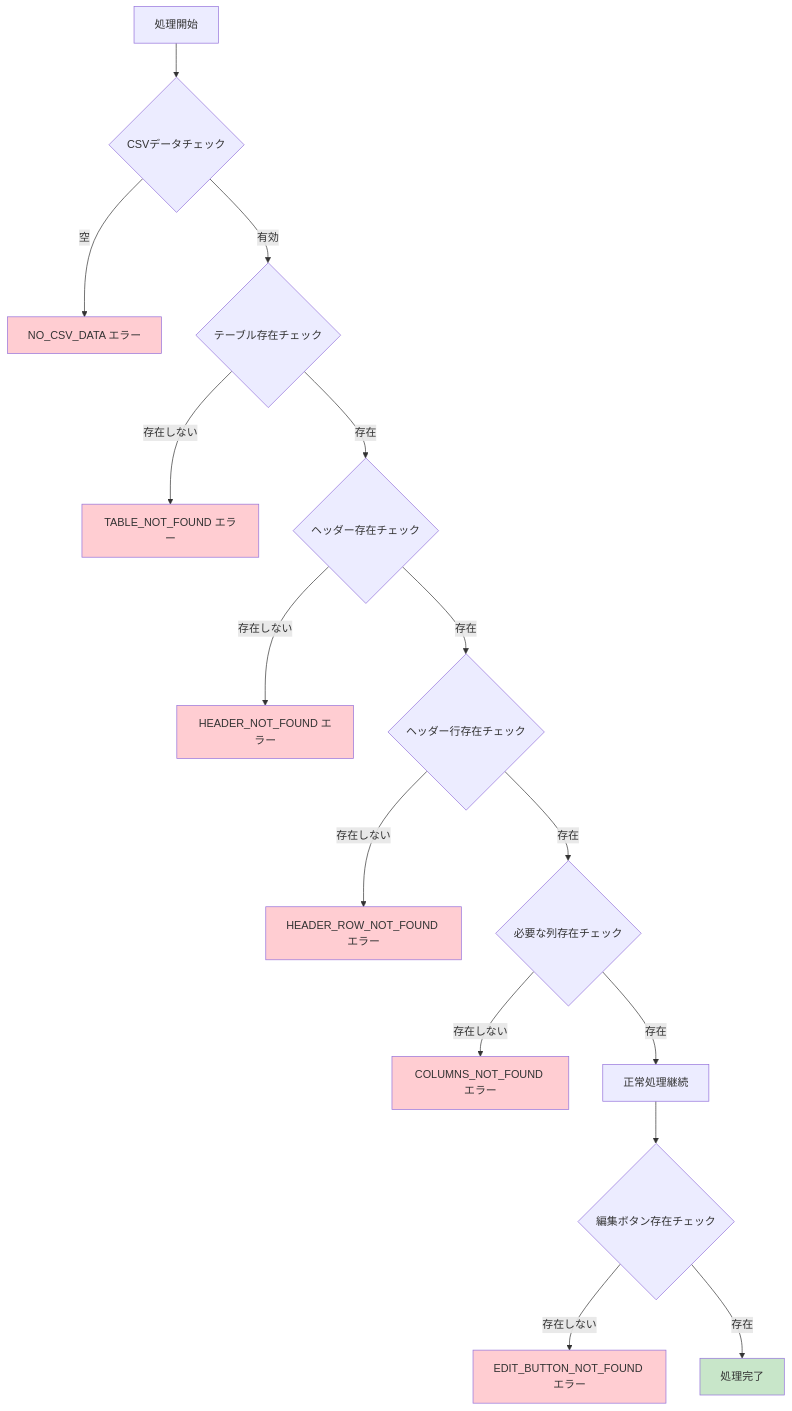
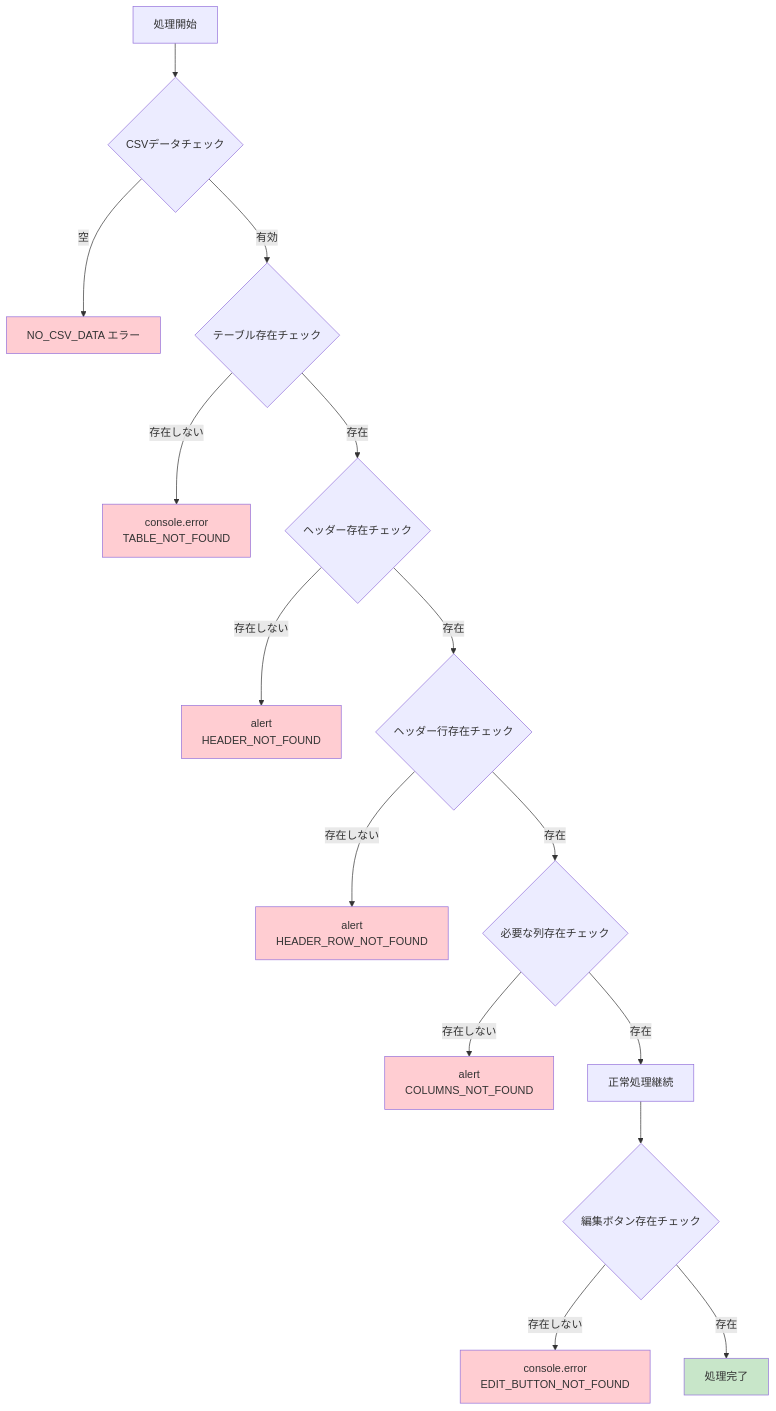
The fifth of 7 diagrams in architecture.md (Masayuki-Kanai/tableRule-import), drawn with Mermaid before and after one commit. The commit also changed other lines of this file and 2 other files, not shown here.

````diff
--- a/architecture.md
+++ b/architecture.md
@@ -146,30 +167,30 @@
 ```mermaid
 flowchart TD
     A[処理開始] --> B{CSVデータチェック}
     B -->|空| C[NO_CSV_DATA エラー]
     B -->|有効| D{テーブル存在チェック}
     
-    D -->|存在しない| E[TABLE_NOT_FOUND エラー]
+    D -->|存在しない| E[console.error<br/>TABLE_NOT_FOUND]
     D -->|存在| F{ヘッダー存在チェック}
     
-    F -->|存在しない| G[HEADER_NOT_FOUND エラー]
+    F -->|存在しない| G[alert<br/>HEADER_NOT_FOUND]
     F -->|存在| H{ヘッダー行存在チェック}
     
-    H -->|存在しない| I[HEADER_ROW_NOT_FOUND エラー]
+    H -->|存在しない| I[alert<br/>HEADER_ROW_NOT_FOUND]
     H -->|存在| J{必要な列存在チェック}
     
-    J -->|存在しない| K[COLUMNS_NOT_FOUND エラー]
+    J -->|存在しない| K[alert<br/>COLUMNS_NOT_FOUND]
     J -->|存在| L[正常処理継続]
     
     L --> M{編集ボタン存在チェック}
-    M -->|存在しない| N[EDIT_BUTTON_NOT_FOUND エラー]
+    M -->|存在しない| N[console.error<br/>EDIT_BUTTON_NOT_FOUND]
     M -->|存在| O[処理完了]
     
     style C fill:#ffcdd2
     style E fill:#ffcdd2
     style G fill:#ffcdd2
     style I fill:#ffcdd2
     style K fill:#ffcdd2
     style N fill:#ffcdd2
     style O fill:#c8e6c9
 ```
````
